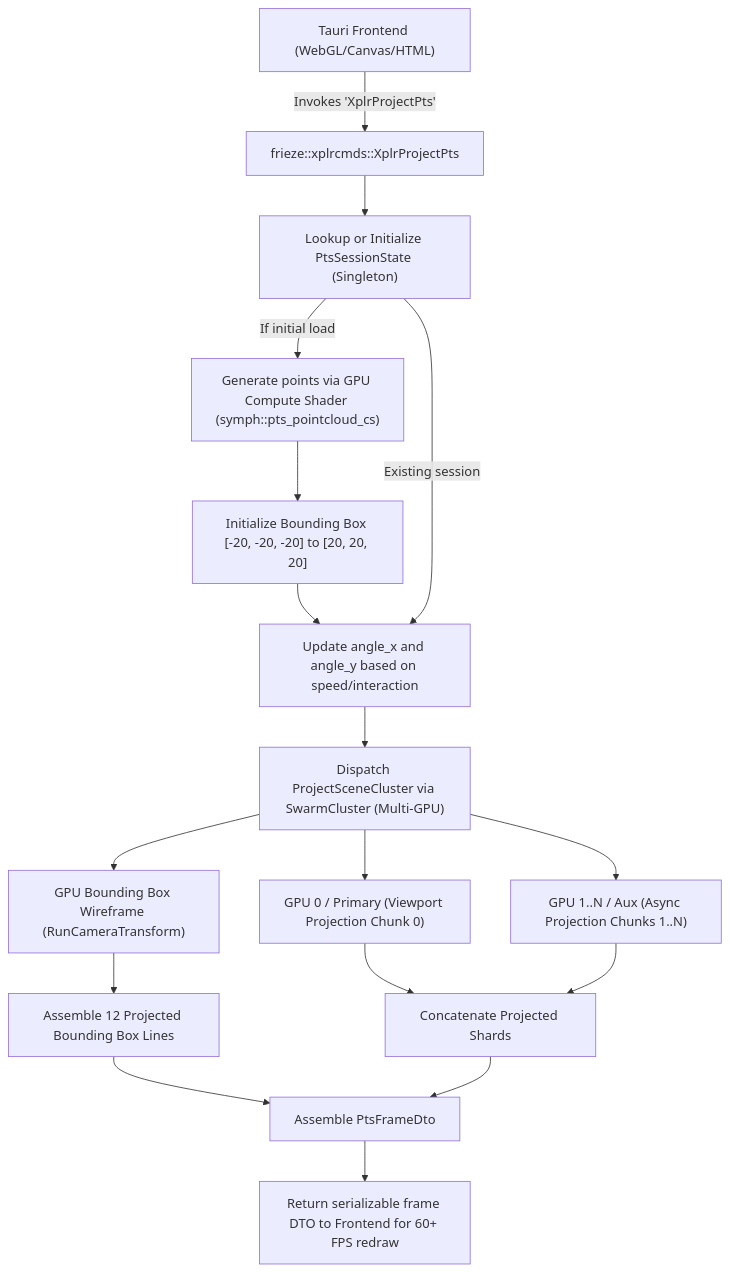
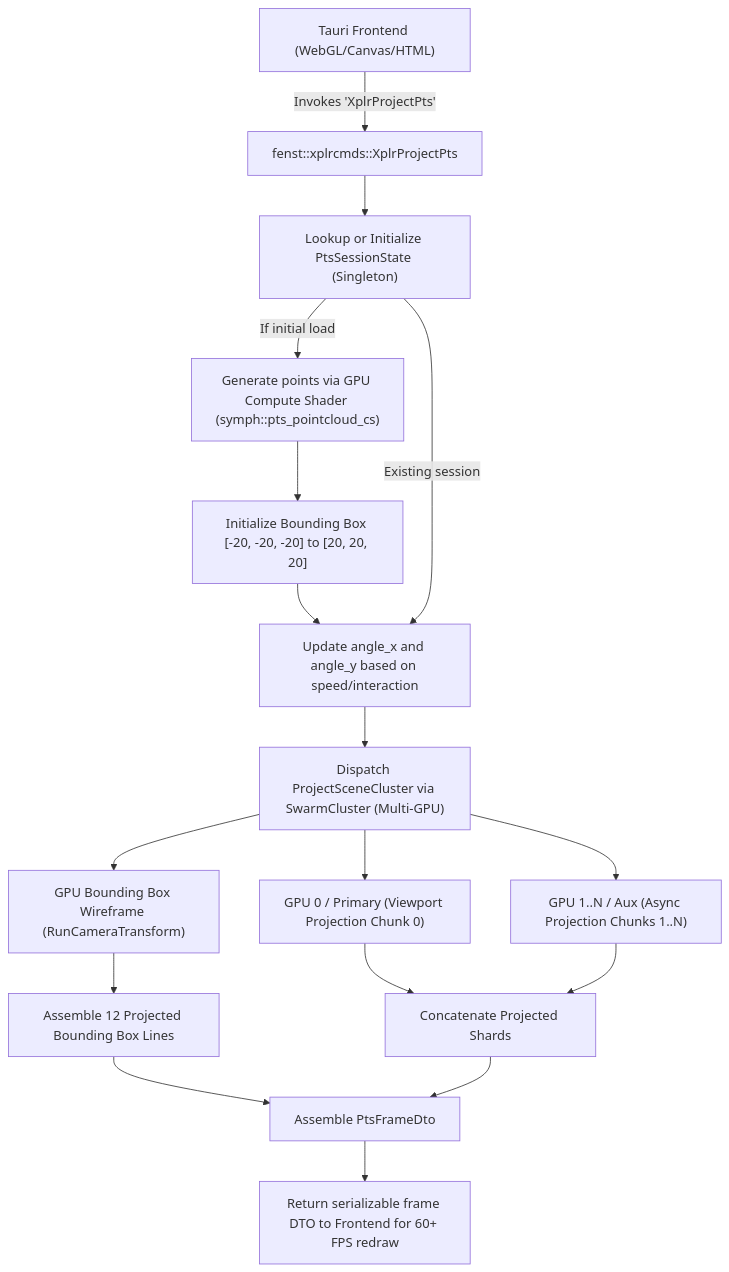
The second of 2 diagrams in wiki/Fenst.md (jswarup/Kosh), drawn with Mermaid before and after one commit. The commit also changed other lines of this file and 8 other files, not shown here.

Commit message:
Relocate frieze explorer into fenst

````diff
--- a/wiki/Fenst.md
+++ b/wiki/Fenst.md
@@ -82,23 +82,23 @@
 ```mermaid
 flowchart TD
-    Frontend["Tauri Frontend (WebGL/Canvas/HTML)"] -->|Invokes 'XplrProjectPts'| BackendCmd["frieze::xplrcmds::XplrProjectPts"]
+    Frontend["Tauri Frontend (WebGL/Canvas/HTML)"] -->|Invokes 'XplrProjectPts'| BackendCmd["fenst::xplrcmds::XplrProjectPts"]
     BackendCmd --> CheckState["Lookup or Initialize PtsSessionState (Singleton)"]
     
     CheckState -->|If initial load| GenPoints["Generate points via GPU Compute Shader (symph::pts_pointcloud_cs)"]
     GenPoints --> InitBBox["Initialize Bounding Box [-20, -20, -20] to [20, 20, 20]"]
     InitBBox --> RotateState["Update angle_x and angle_y based on speed/interaction"]
     
     CheckState -->|Existing session| RotateState
     RotateState --> Cluster["Dispatch ProjectSceneCluster via SwarmCluster (Multi-GPU)"]
     Cluster --> ShardGPU0["GPU 0 / Primary (Viewport Projection Chunk 0)"]
     Cluster --> ShardGPU1["GPU 1..N / Aux (Async Projection Chunks 1..N)"]
     Cluster --> GPUBox["GPU Bounding Box Wireframe (RunCameraTransform)"]
     
     ShardGPU0 --> MergeResults["Concatenate Projected Shards"]
     ShardGPU1 --> MergeResults
     GPUBox --> ConnectBox["Assemble 12 Projected Bounding Box Lines"]
     
     ConnectBox --> AssembleDto["Assemble PtsFrameDto"]
     MergeResults --> AssembleDto
     AssembleDto --> ReturnJSON["Return serializable frame DTO to Frontend for 60+ FPS redraw"]
 ```
````
